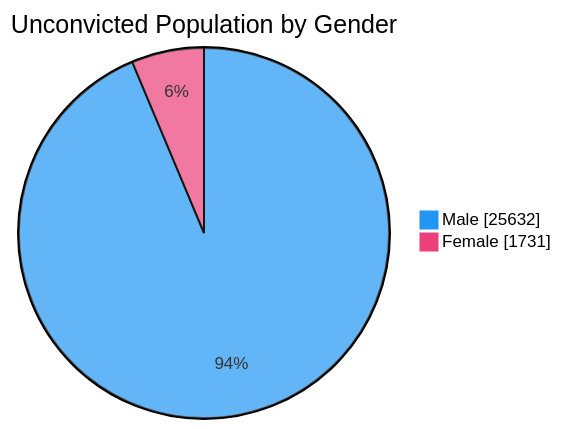
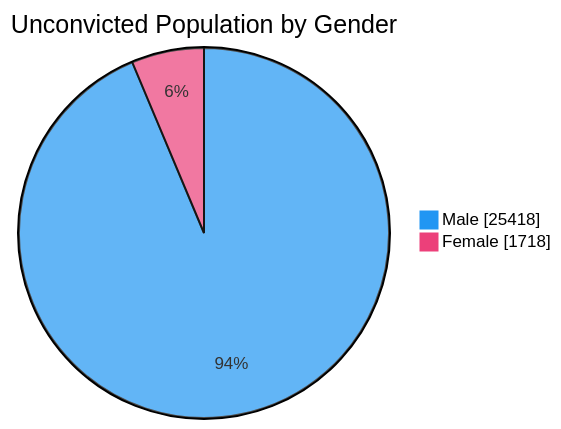
One commit to nuuuwan/lk_prisons changed the fourth of 7 diagrams in README.md. Above: the diagram before and after it, drawn with Mermaid. The commit also changed other lines of this file and 1 other file, not shown here.

````diff
--- a/README.md
+++ b/README.md
@@ -76,6 +76,6 @@
 ```mermaid
 %%{init: {'themeVariables': {'pie1': '#2196F3', 'pie2': '#EC407A'}}}%%
 pie showData title Unconvicted Population by Gender
-    "Male" : 25632
-    "Female" : 1731
+    "Male" : 25418
+    "Female" : 1718
 ```
````
